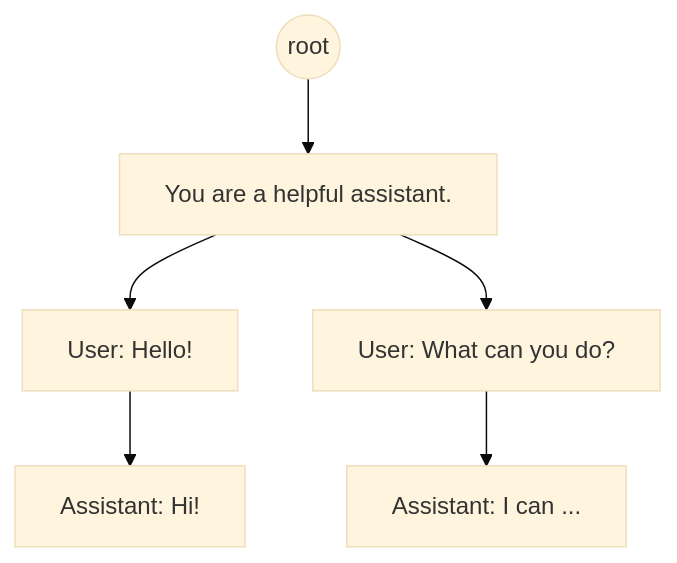
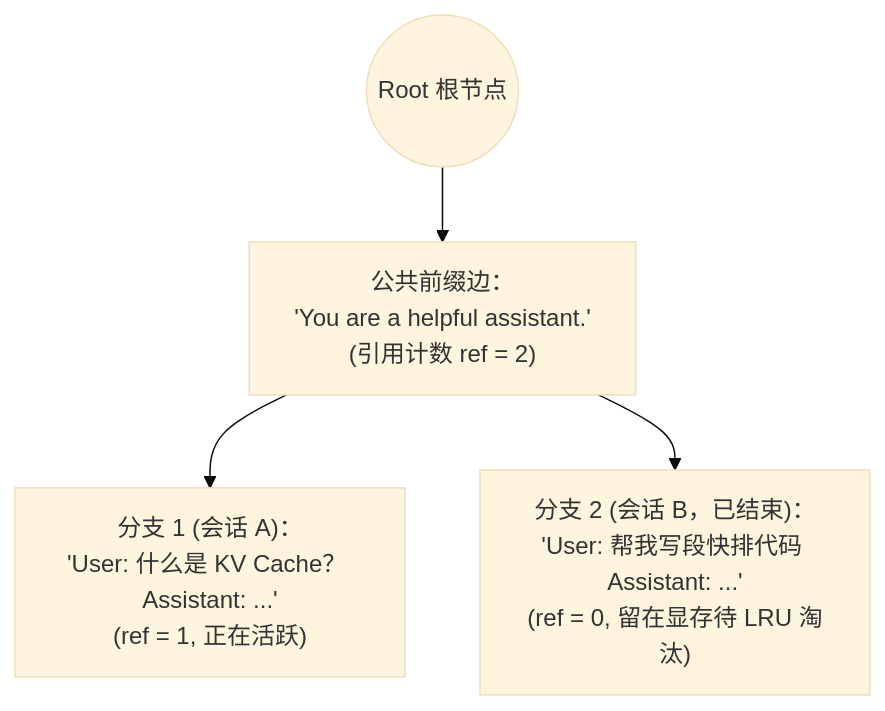
Before and after one commit to zrpxx/hands-on-llm-serving-opt: the first of 2 diagrams in stage1/07-prefix-caching.md, drawn with Mermaid (base theme). The commit also changed other lines of this file and 22 other files, not shown here.

````diff
--- a/stage1/07-prefix-caching.md
+++ b/stage1/07-prefix-caching.md
@@ -52,8 +63,6 @@
 ```mermaid
 flowchart TB
-  R(("root")) --> S["You are a helpful assistant."]
-  S --> U1["User: Hello!"]
-  S --> U2["User: What can you do?"]
-  U1 --> A1["Assistant: Hi!"]
-  U2 --> A2["Assistant: I can ..."]
+  ROOT(("Root 根节点")) --> SYS["公共前缀边：<br/>'You are a helpful assistant.'<br/>(引用计数 ref = 2)"]
+  SYS --> B1["分支 1 (会话 A)：<br/>'User: 什么是 KV Cache？ Assistant: ...'<br/>(ref = 1, 正在活跃)"]
+  SYS --> B2["分支 2 (会话 B，已结束)：<br/>'User: 帮我写段快排代码 Assistant: ...'<br/>(ref = 0, 留在显存待 LRU 淘汰)"]
 ```
````
